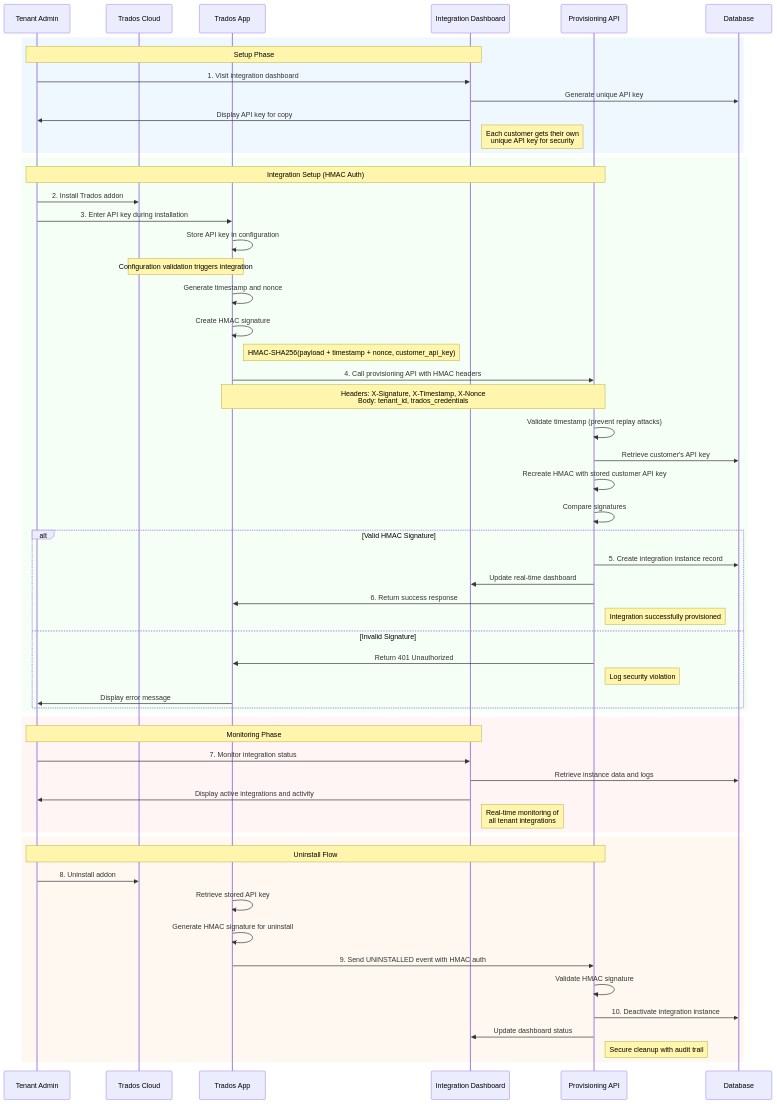
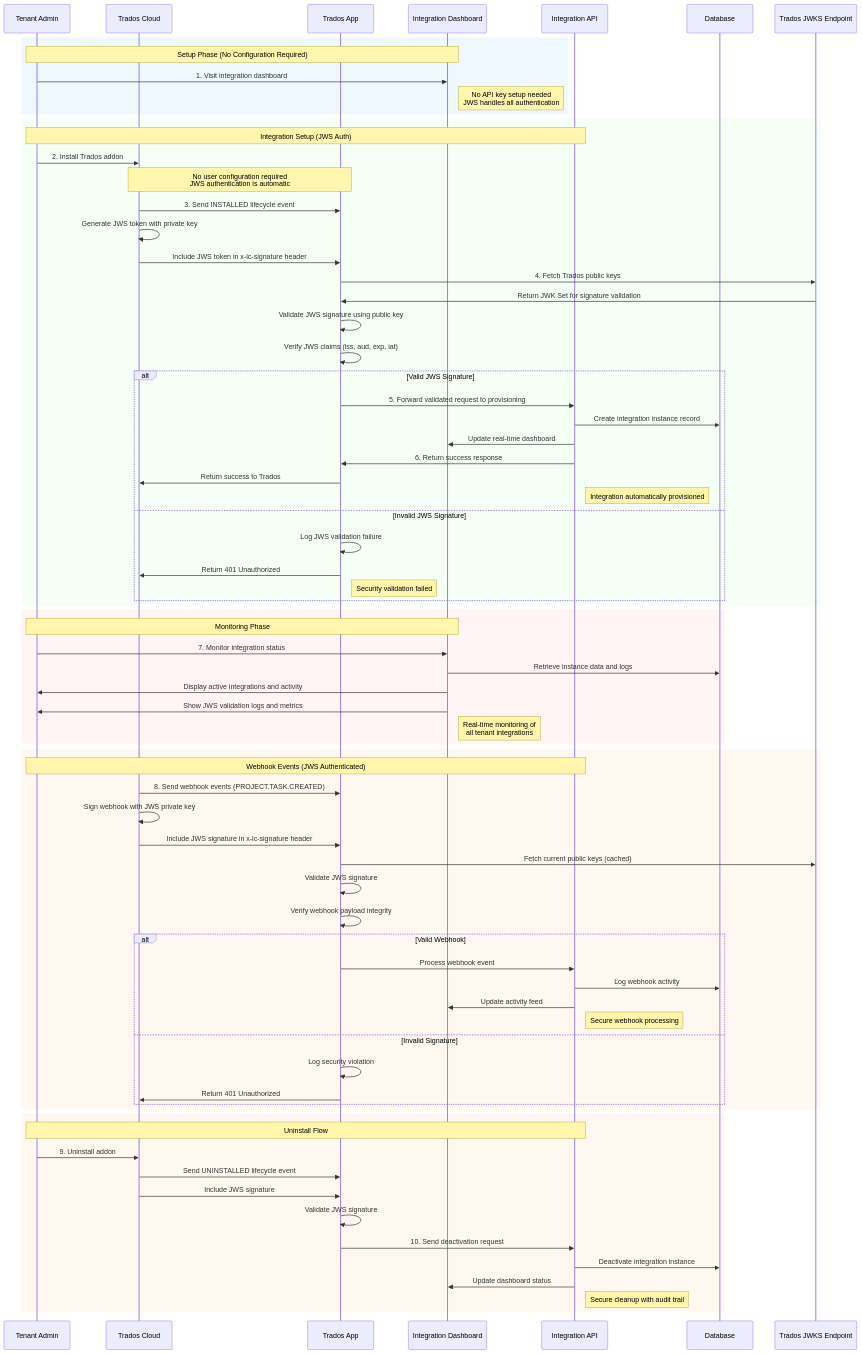
The diagram in README.md (paulfilkin/trados-deployment-addon), drawn with Mermaid before and after one commit. The commit also changed other lines of this file and 16 other files, not shown here.

```diff
--- a/README.md
+++ b/README.md
@@ -32,42 +34,39 @@
     participant TC as Trados Cloud
     participant App as Trados App
     participant Dashboard as Integration Dashboard
-    participant API as Provisioning API
+    participant API as Integration API
     participant DB as Database
+    participant JWKS as Trados JWKS Endpoint
     
     rect rgb(240, 248, 255)
-        Note over Admin,Dashboard: Setup Phase
+        Note over Admin,Dashboard: Setup Phase (No Configuration Required)
         Admin->>Dashboard: 1. Visit integration dashboard
-        Dashboard->>DB: Generate unique API key
-        Dashboard->>Admin: Display API key for copy
-        Note right of Dashboard: Each customer gets their own<br/>unique API key for security
+        Note right of Dashboard: No API key setup needed<br/>JWS handles all authentication
     end
     
     rect rgb(245, 255, 245)
-        Note over Admin,API: Integration Setup (HMAC Auth)
+        Note over Admin,API: Integration Setup (JWS Auth)
         Admin->>TC: 2. Install Trados addon
-        Admin->>App: 3. Enter API key during installation
-        App->>App: Store API key in configuration
-        Note over TC,App: Configuration validation triggers integration
-        App->>App: Generate timestamp and nonce
-        App->>App: Create HMAC signature
-        Note right of App: HMAC-SHA256(payload + timestamp + nonce, customer_api_key)
-        App->>API: 4. Call provisioning API with HMAC headers
-        Note over App,API: Headers: X-Signature, X-Timestamp, X-Nonce<br/>Body: tenant_id, trados_credentials
-        API->>API: Validate timestamp (prevent replay attacks)
-        API->>DB: Retrieve customer's API key
-        API->>API: Recreate HMAC with stored customer API key
-        API->>API: Compare signatures
+        Note over TC,App: No user configuration required<br/>JWS authentication is automatic
+        TC->>App: 3. Send INSTALLED lifecycle event
+        TC->>TC: Generate JWS token with private key
+        TC->>App: Include JWS token in x-lc-signature header
+        App->>JWKS: 4. Fetch Trados public keys
+        JWKS->>App: Return JWK Set for signature validation
+        App->>App: Validate JWS signature using public key
+        App->>App: Verify JWS claims (iss, aud, exp, iat)
         
-        alt Valid HMAC Signature
-            API->>DB: 5. Create integration instance record
+        alt Valid JWS Signature
+            App->>API: 5. Forward validated request to provisioning
+            API->>DB: Create integration instance record
             API->>Dashboard: Update real-time dashboard
             API->>App: 6. Return success response
-            Note right of API: Integration successfully provisioned
-        else Invalid Signature
-            API->>App: Return 401 Unauthorized
-            Note right of API: Log security violation
-            App->>Admin: Display error message
+            App->>TC: Return success to Trados
+            Note right of API: Integration automatically provisioned
+        else Invalid JWS Signature
+            App->>App: Log JWS validation failure
+            App->>TC: Return 401 Unauthorized
+            Note right of App: Security validation failed
         end
     end
     
@@ -76,17 +75,38 @@
         Admin->>Dashboard: 7. Monitor integration status
         Dashboard->>DB: Retrieve instance data and logs
         Dashboard->>Admin: Display active integrations and activity
+        Dashboard->>Admin: Show JWS validation logs and metrics
         Note right of Dashboard: Real-time monitoring of<br/>all tenant integrations
     end
     
     rect rgb(255, 248, 240)
+        Note over Admin,API: Webhook Events (JWS Authenticated)
+        TC->>App: 8. Send webhook events (PROJECT.TASK.CREATED)
+        TC->>TC: Sign webhook with JWS private key
+        TC->>App: Include JWS signature in x-lc-signature header
+        App->>JWKS: Fetch current public keys (cached)
+        App->>App: Validate JWS signature
+        App->>App: Verify webhook payload integrity
+        
+        alt Valid Webhook
+            App->>API: Process webhook event
+            API->>DB: Log webhook activity
+            API->>Dashboard: Update activity feed
+            Note right of API: Secure webhook processing
+        else Invalid Signature
+            App->>App: Log security violation
+            App->>TC: Return 401 Unauthorized
+        end
+    end
+    
+    rect rgb(255, 248, 240)
         Note over Admin,API: Uninstall Flow
-        Admin->>TC: 8. Uninstall addon
-        App->>App: Retrieve stored API key
-        App->>App: Generate HMAC signature for uninstall
-        App->>API: 9. Send UNINSTALLED event with HMAC auth
-        API->>API: Validate HMAC signature
-        API->>DB: 10. Deactivate integration instance
+        Admin->>TC: 9. Uninstall addon
+        TC->>App: Send UNINSTALLED lifecycle event
+        TC->>App: Include JWS signature
+        App->>App: Validate JWS signature
+        App->>API: 10. Send deactivation request
+        API->>DB: Deactivate integration instance
         API->>Dashboard: Update dashboard status
         Note right of API: Secure cleanup with audit trail
     end
```
